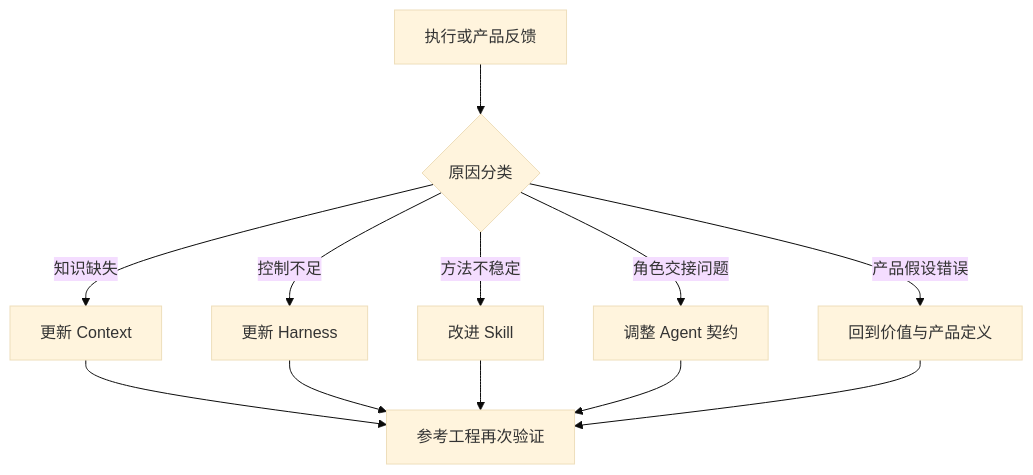
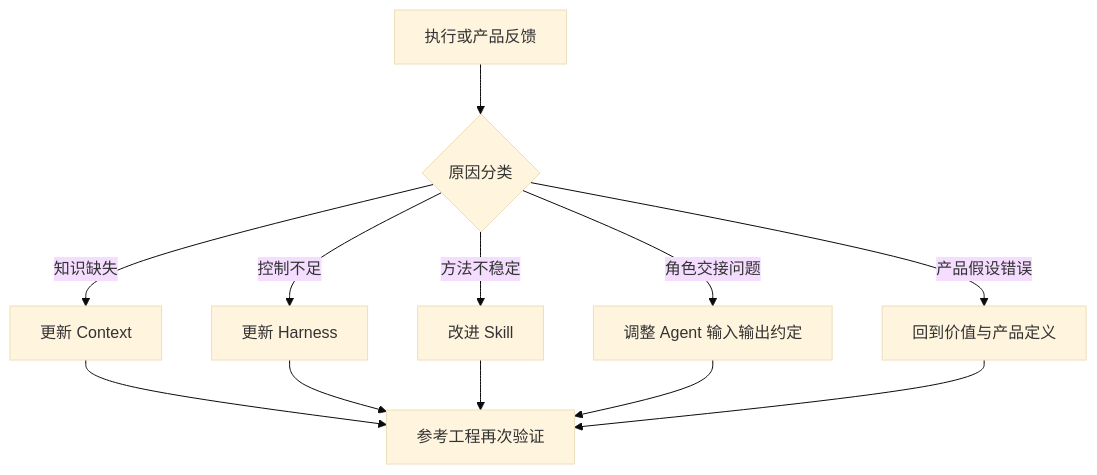
One commit to zhidao-studio/ai-product-engineering-framework changed the second of 2 diagrams in 07_Loop工程/持续反馈与演进闭环.md. Above: the diagram before and after it, drawn with Mermaid (base theme). The commit also changed other lines of this file, not shown here.

````diff
--- a/07_Loop工程/持续反馈与演进闭环.md
+++ b/07_Loop工程/持续反馈与演进闭环.md
@@ -62,14 +64,14 @@
 ```mermaid
 flowchart TB
     F[执行或产品反馈] --> C{原因分类}
     C -->|知识缺失| C1[更新 Context]
     C -->|控制不足| C2[更新 Harness]
     C -->|方法不稳定| C3[改进 Skill]
-    C -->|角色交接问题| C4[调整 Agent 契约]
+    C -->|角色交接问题| C4[调整 Agent 输入输出约定]
     C -->|产品假设错误| C5[回到价值与产品定义]
     C1 --> V[参考工程再次验证]
     C2 --> V
     C3 --> V
     C4 --> V
     C5 --> V
 ```
````
